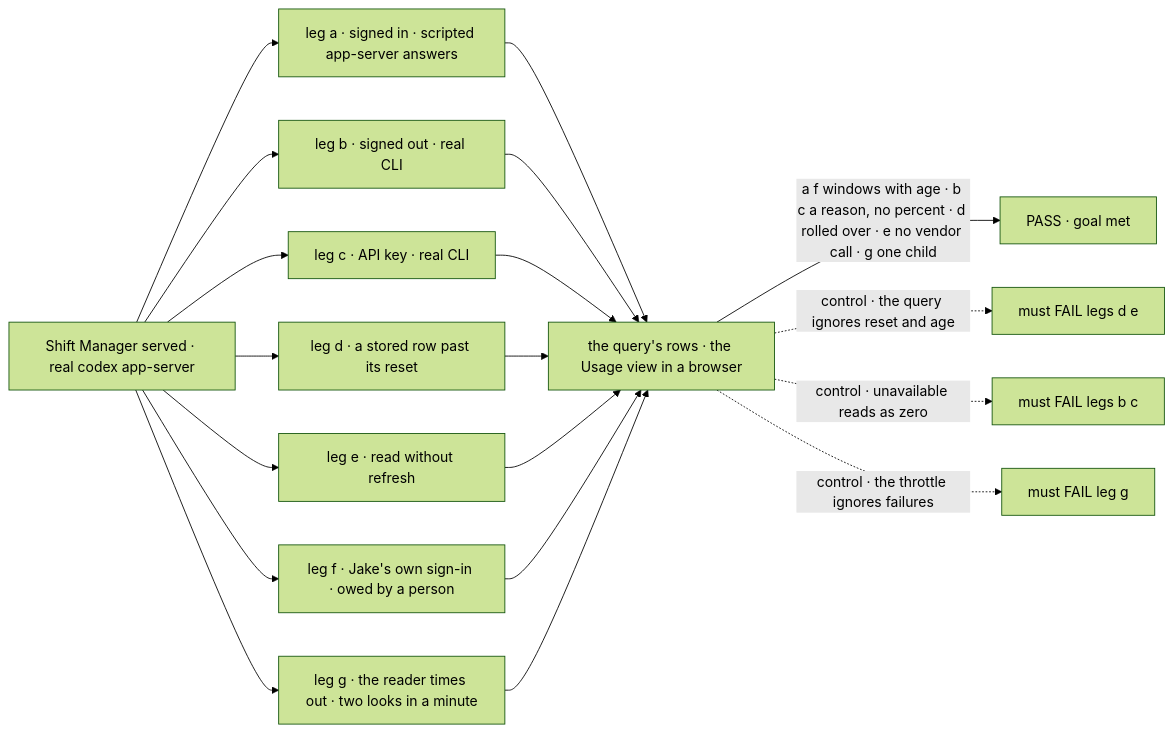
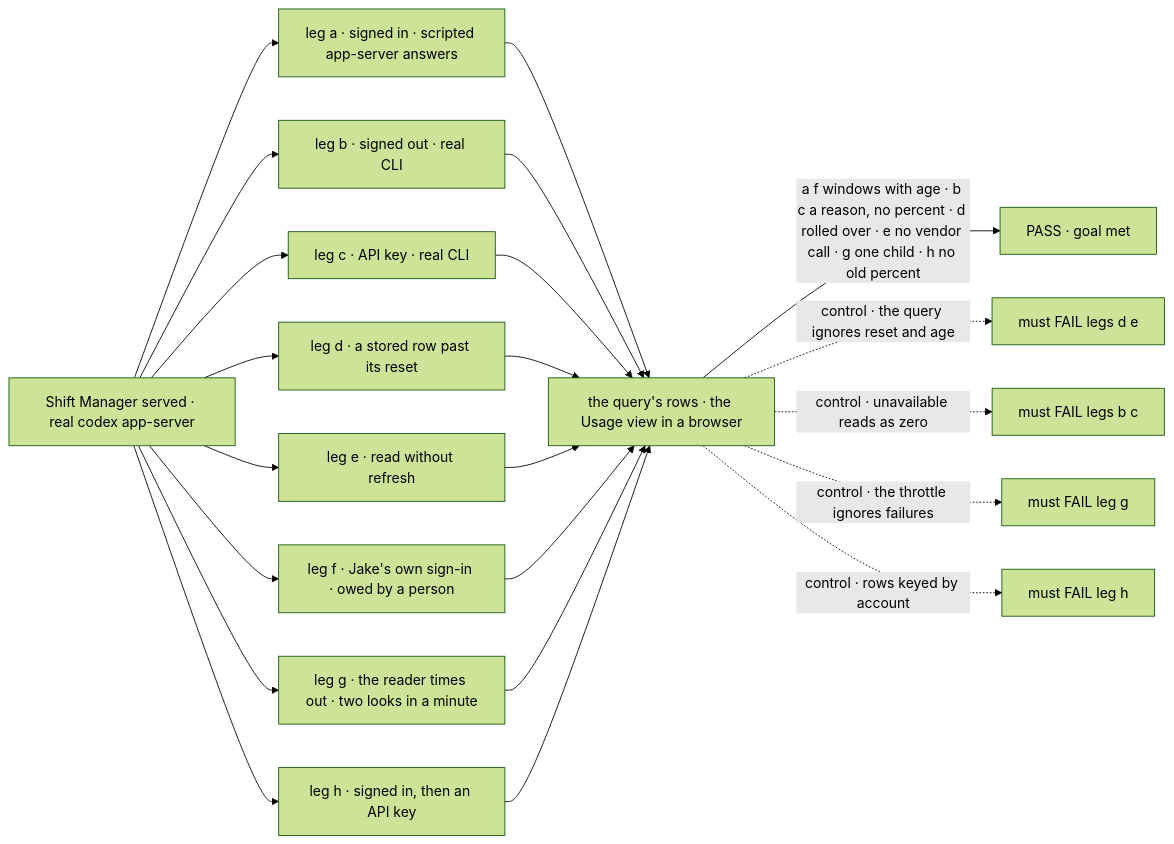
Before and after one commit to fixpoint-labs/flow-state-dev: the first of 2 diagrams in specs/issues/FIX-2141/SPEC.md, drawn with Mermaid (forest theme). The commit also changed other lines of this file and 2 other files, not shown here.

````diff
--- a/specs/issues/FIX-2141/SPEC.md
+++ b/specs/issues/FIX-2141/SPEC.md
@@ -28,21 +28,24 @@
 ```mermaid
 flowchart LR
   A["Shift Manager served · real codex app-server"] --> L1["leg a · signed in · scripted app-server answers"]
   A --> L2["leg b · signed out · real CLI"]
   A --> L3["leg c · API key · real CLI"]
   A --> L4["leg d · a stored row past its reset"]
   A --> L5["leg e · read without refresh"]
   A --> L6["leg f · Jake's own sign-in · owed by a person"]
   A --> L7["leg g · the reader times out · two looks in a minute"]
+  A --> L8["leg h · signed in, then an API key"]
   L1 --> R["the query's rows · the Usage view in a browser"]
   L2 --> R
   L3 --> R
   L4 --> R
   L5 --> R
   L6 --> R
   L7 --> R
-  R -->|"a f windows with age · b c a reason, no percent · d rolled over · e no vendor call · g one child"| P["PASS · goal met"]
+  L8 --> R
+  R -->|"a f windows with age · b c a reason, no percent · d rolled over · e no vendor call · g one child · h no old percent"| P["PASS · goal met"]
   R -.->|"control · the query ignores reset and age"| F["must FAIL legs d e"]
   R -.->|"control · unavailable reads as zero"| F2["must FAIL legs b c"]
   R -.->|"control · the throttle ignores failures"| F3["must FAIL leg g"]
+  R -.->|"control · rows keyed by account"| F4["must FAIL leg h"]
 ```
````
